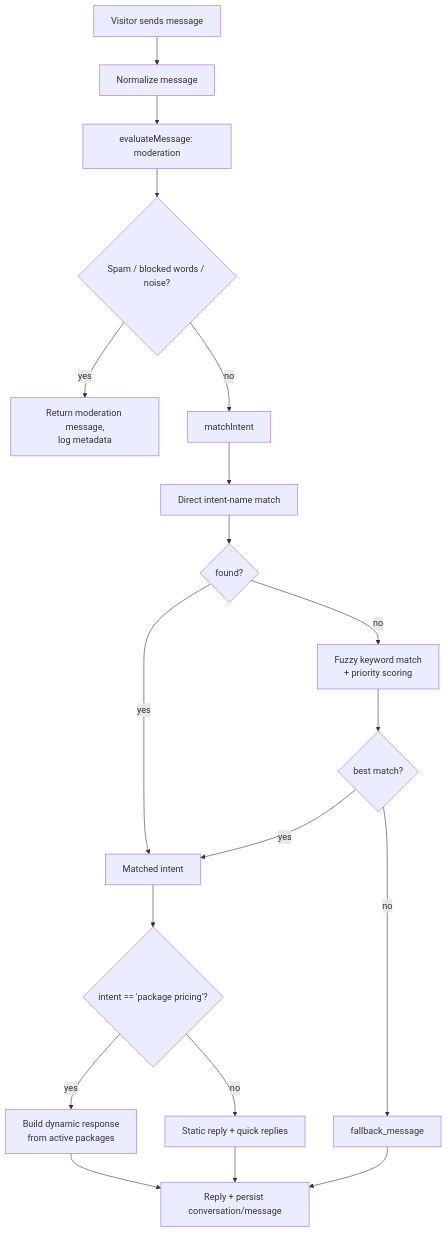
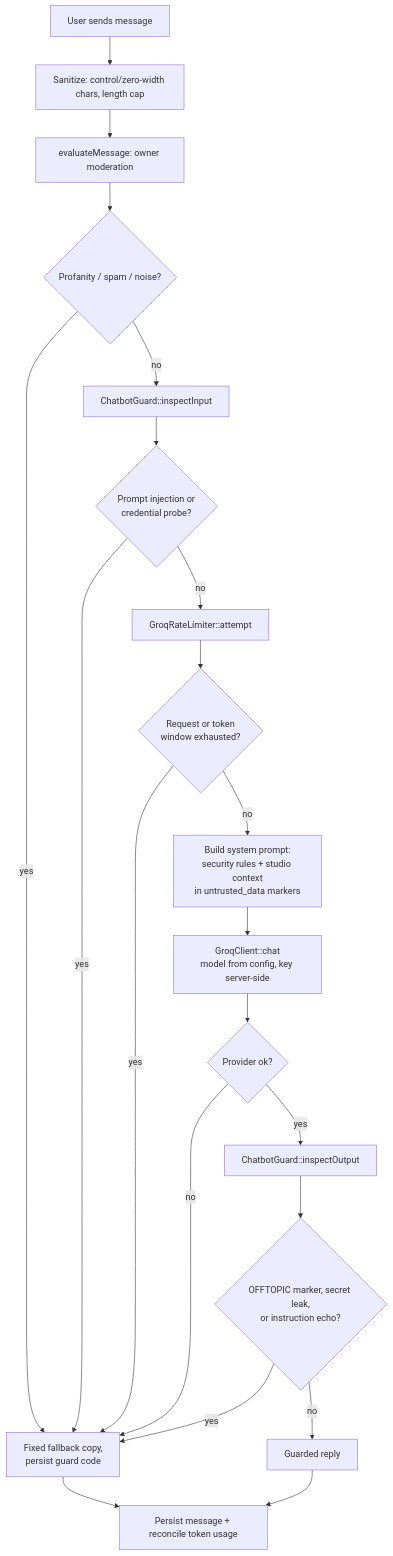
One commit to ChocooChocoo/project-photography changed diagram 13 of 13 in docs/01-ANALYSIS/TECHNICAL ANALYSIS.md. Above: the diagram before and after it, drawn with Mermaid. The commit also changed other lines of this file and 11 other files, not shown here.

First line of the commit message:
docs: document the AI assistant integration and its security model

````diff
--- a/docs/01-ANALYSIS/TECHNICAL ANALYSIS.md
+++ b/docs/01-ANALYSIS/TECHNICAL ANALYSIS.md
@@ -399,21 +404,23 @@
 ```mermaid
 flowchart TD
-    A[Visitor sends message] --> B[Normalize message]
-    B --> C[evaluateMessage: moderation]
-    C --> D{Spam / blocked words / noise?}
-    D -->|yes| E[Return moderation message,<br/>log metadata]
-    D -->|no| F[matchIntent]
-    F --> G[Direct intent-name match]
-    G --> H{found?}
-    H -->|no| I[Fuzzy keyword match<br/>+ priority scoring]
-    H -->|yes| J[Matched intent]
-    I --> K{best match?}
-    K -->|yes| J
-    K -->|no| L[fallback_message]
-    J --> M{intent == 'package pricing'?}
-    M -->|yes| N[Build dynamic response<br/>from active packages]
-    M -->|no| O[Static reply + quick replies]
-    N --> P[Reply + persist conversation/message]
-    O --> P
-    L --> P
+    A[User sends message] --> B[Sanitize: control/zero-width chars, length cap]
+    B --> C[evaluateMessage: owner moderation]
+    C --> D{Profanity / spam / noise?}
+    D -->|yes| Z[Fixed fallback copy,<br/>persist guard code]
+    D -->|no| E[ChatbotGuard::inspectInput]
+    E --> F{Prompt injection or<br/>credential probe?}
+    F -->|yes| Z
+    F -->|no| G[GroqRateLimiter::attempt]
+    G --> H{Request or token<br/>window exhausted?}
+    H -->|yes| Z
+    H -->|no| I[Build system prompt:<br/>security rules + studio context<br/>in untrusted_data markers]
+    I --> J[GroqClient::chat<br/>model from config, key server-side]
+    J --> K{Provider ok?}
+    K -->|no| Z
+    K -->|yes| L[ChatbotGuard::inspectOutput]
+    L --> M{OFFTOPIC marker, secret leak,<br/>or instruction echo?}
+    M -->|yes| Z
+    M -->|no| N[Guarded reply]
+    N --> O[Persist message + reconcile token usage]
+    Z --> O
 ```
````
